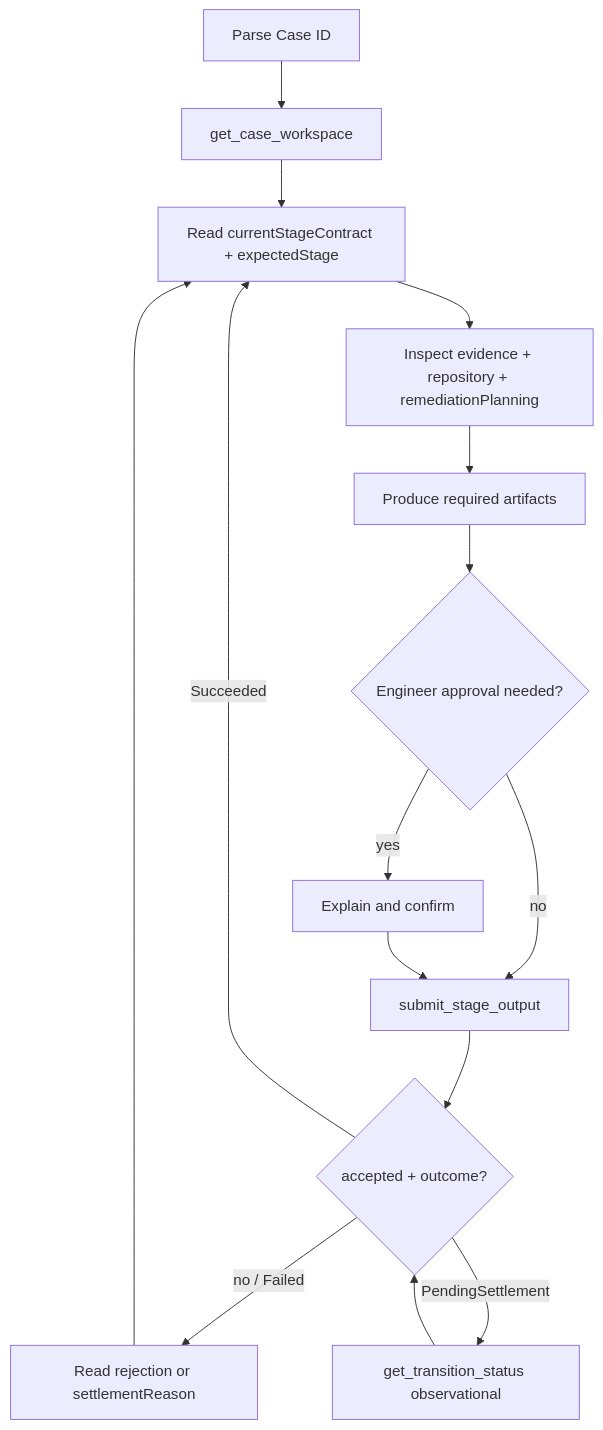
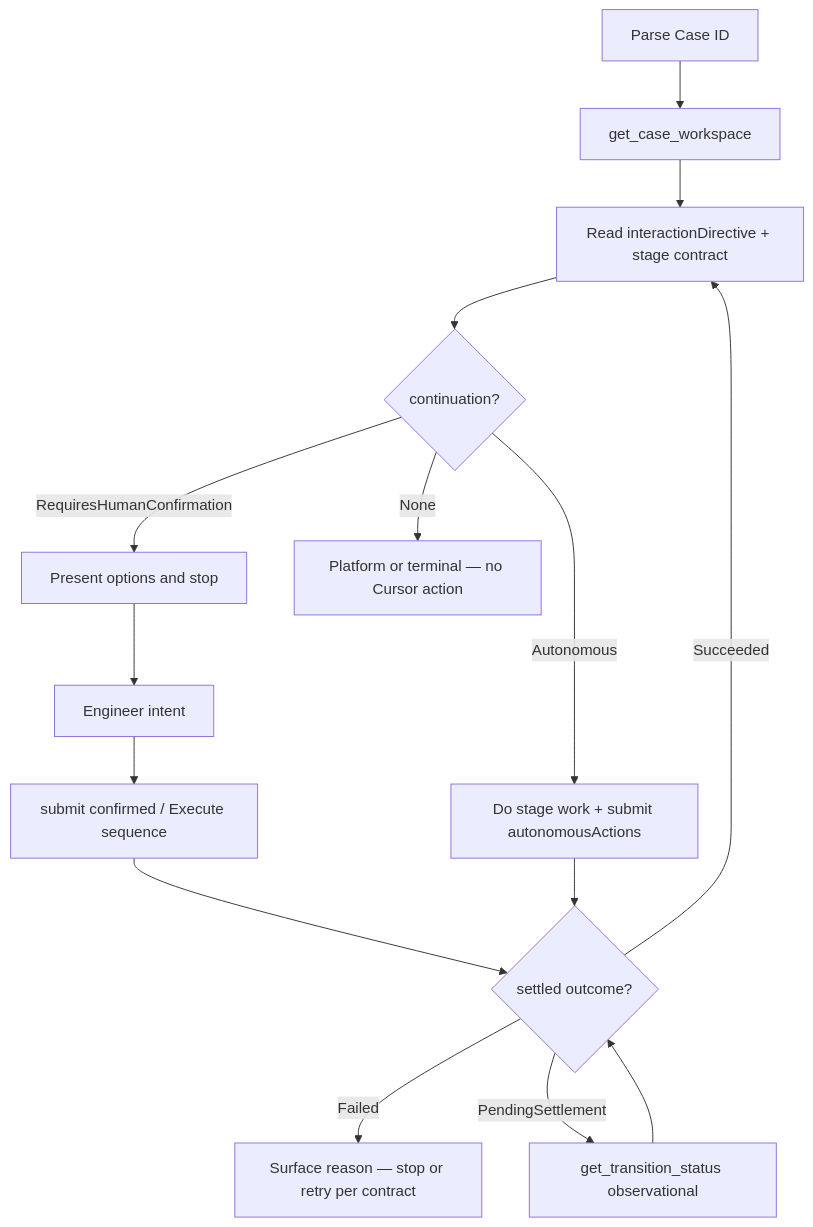
The diagram in plugins/hubtel-loop-engineering/skills/loop-engineering/SKILL.md (hubtel/ai-plugins), drawn with Mermaid before and after one commit. The commit also changed other lines of this file and 3 other files, not shown here.

````diff
--- a/plugins/hubtel-loop-engineering/skills/loop-engineering/SKILL.md
+++ b/plugins/hubtel-loop-engineering/skills/loop-engineering/SKILL.md
@@ -165,17 +203,17 @@
 ```mermaid
 flowchart TD
   A[Parse Case ID] --> B[get_case_workspace]
-  B --> C[Read currentStageContract + expectedStage]
-  C --> D[Inspect evidence + repository + remediationPlanning]
-  D --> E[Produce required artifacts]
-  E --> F{Engineer approval needed?}
-  F -->|yes| G[Explain and confirm]
-  F -->|no| H[submit_stage_output]
-  G --> H
-  H --> I{accepted + outcome?}
-  I -->|no / Failed| J[Read rejection or settlementReason]
-  J --> C
-  I -->|PendingSettlement| P[get_transition_status observational]
-  P --> I
-  I -->|Succeeded| C
+  B --> C[Read interactionDirective + stage contract]
+  C --> D{continuation?}
+  D -->|RequiresHumanConfirmation| E[Present options and stop]
+  E --> F[Engineer intent]
+  F --> G[submit confirmed / Execute sequence]
+  D -->|Autonomous| H[Do stage work + submit autonomousActions]
+  D -->|None| I[Platform or terminal — no Cursor action]
+  G --> J{settled outcome?}
+  H --> J
+  J -->|Failed| K[Surface reason — stop or retry per contract]
+  J -->|PendingSettlement| P[get_transition_status observational]
+  P --> J
+  J -->|Succeeded| C
 ```
````
